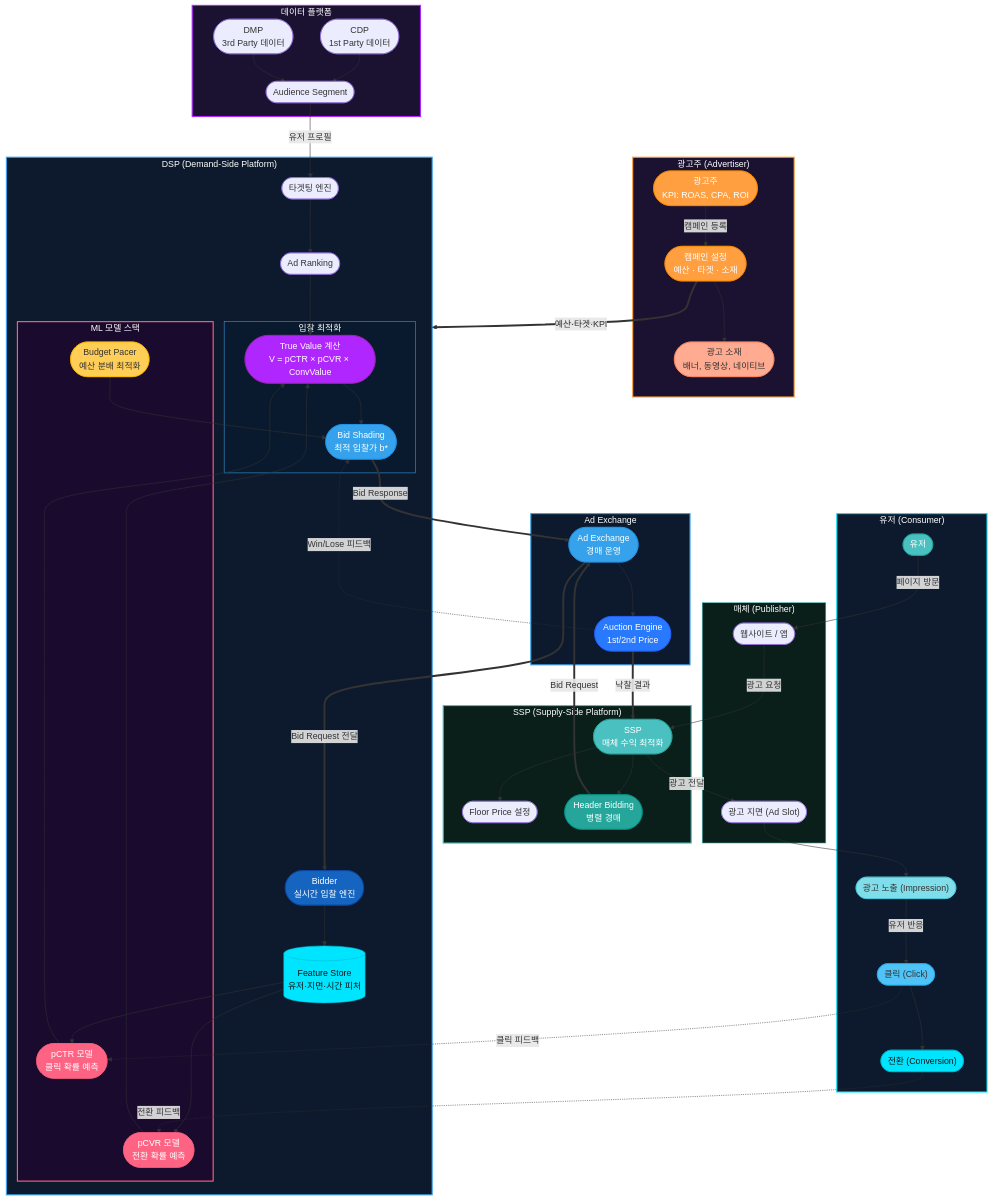
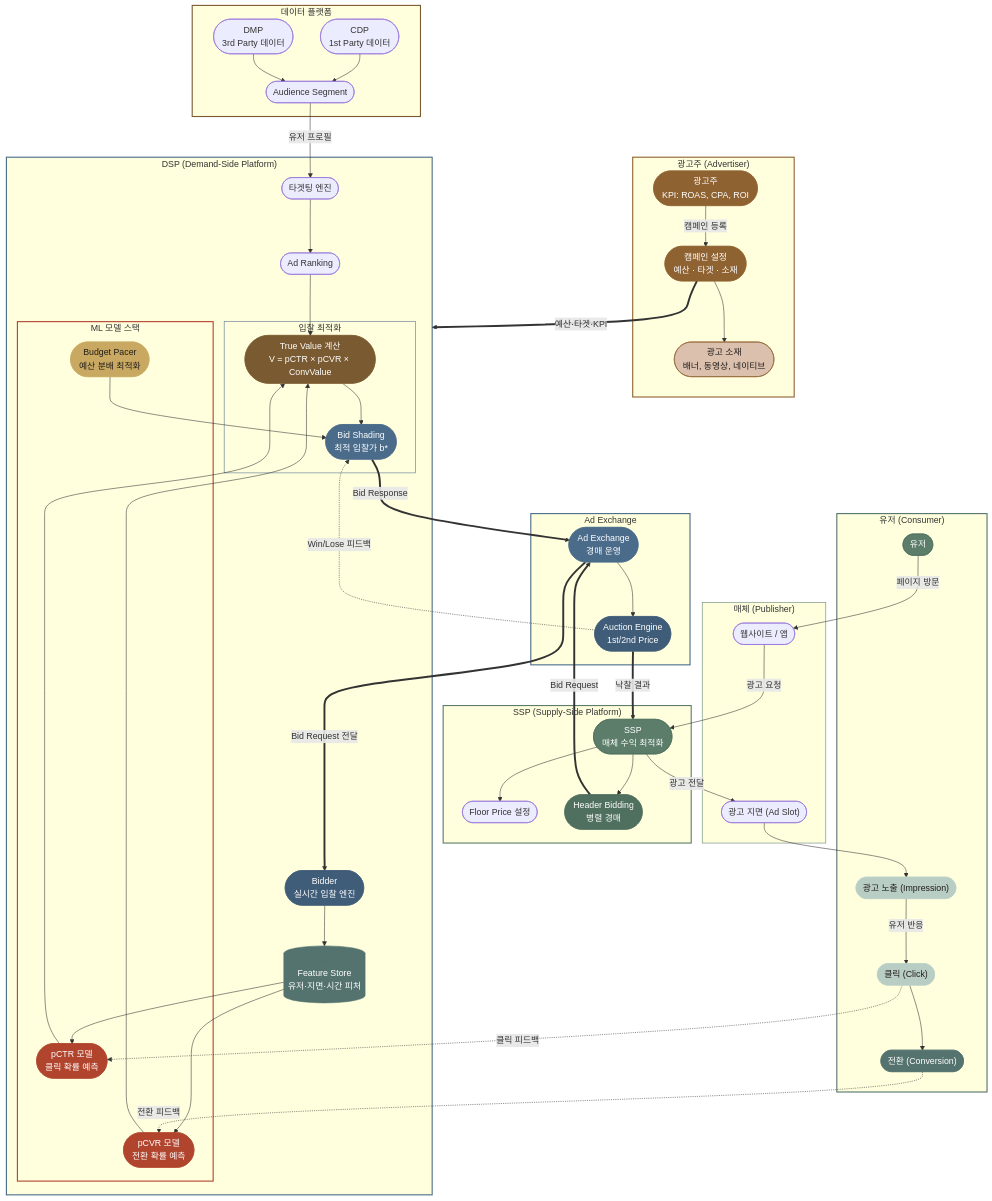
Before and after one commit to chkimsu/adtech-blog: the diagram in posts/adtech-ecosystem-map.md, drawn with Mermaid. The commit also changed other lines of this file and 40 other files, not shown here.

````diff
--- a/posts/adtech-ecosystem-map.md
+++ b/posts/adtech-ecosystem-map.md
@@ -102,33 +102,33 @@
   AUCTION -.->|Win/Lose 피드백| SHADE
 
   %% 서브그래프 배경색
-  style Advertiser fill:#1a1230,stroke:#ff9f40,stroke-width:2px,color:#fff
-  style DSP_System fill:#0d1a2d,stroke:#36a2eb,stroke-width:2px,color:#fff
-  style ML_Models fill:#1a0a2e,stroke:#ff6384,stroke-width:2px,color:#fff
-  style Bid_Optimization fill:#0a1a2e,stroke:#36a2eb,stroke-width:1px,color:#fff
-  style DMP_CDP fill:#1a1230,stroke:#b026ff,stroke-width:2px,color:#fff
-  style Exchange fill:#0d1a2d,stroke:#36a2eb,stroke-width:2px,color:#fff
-  style SSP_System fill:#0a1f1a,stroke:#4bc0c0,stroke-width:2px,color:#fff
-  style Publisher fill:#0a1f1a,stroke:#4bc0c0,stroke-width:1px,color:#fff
-  style User_Side fill:#0d1a2d,stroke:#00e5ff,stroke-width:2px,color:#fff
+  style Advertiser stroke:#8f6231,stroke-width:2px
+  style DSP_System stroke:#4a6b8a,stroke-width:2px
+  style ML_Models stroke:#b0442c,stroke-width:2px
+  style Bid_Optimization stroke:#4a6b8a,stroke-width:1px
+  style DMP_CDP stroke:#7a5a30,stroke-width:2px
+  style Exchange stroke:#4a6b8a,stroke-width:2px
+  style SSP_System stroke:#5b7d6a,stroke-width:2px
+  style Publisher stroke:#5b7d6a,stroke-width:1px
+  style User_Side stroke:#54736f,stroke-width:2px
 
   %% 노드 스타일
-  style PCTR fill:#ff6384,stroke:#ff6384,color:#fff
-  style PCVR fill:#ff6384,stroke:#ff6384,color:#fff
-  style SHADE fill:#36a2eb,stroke:#2196f3,color:#fff
-  style TV fill:#b026ff,stroke:#9c27b0,color:#fff
-  style ADEX fill:#36a2eb,stroke:#2196f3,color:#fff
-  style AUCTION fill:#2979ff,stroke:#2962ff,color:#fff
-  style USER fill:#4bc0c0,stroke:#26a69a,color:#fff
-  style ADV fill:#ff9f40,stroke:#ff8f00,color:#fff
-  style BUDGET fill:#ffce56,stroke:#ffc107,color:#333
-  style FEAT fill:#00e5ff,stroke:#00bcd4,color:#111
-  style BIDDER fill:#1565c0,stroke:#0d47a1,color:#fff
-  style CAMP fill:#ff9f40,stroke:#ff8f00,color:#fff
-  style CREATIVE fill:#ffab91,stroke:#ff8a65,color:#333
-  style SSP fill:#4bc0c0,stroke:#26a69a,color:#fff
-  style HB fill:#26a69a,stroke:#009688,color:#fff
-  style IMP fill:#80deea,stroke:#4dd0e1,color:#333
-  style CLICK fill:#4fc3f7,stroke:#29b6f6,color:#333
-  style CONV fill:#00e5ff,stroke:#00bcd4,color:#111
+  style PCTR fill:#b0442c,stroke:#b0442c,color:#fff
+  style PCVR fill:#b0442c,stroke:#b0442c,color:#fff
+  style SHADE fill:#4a6b8a,stroke:#4a6b8a,color:#fff
+  style TV fill:#7a5a30,stroke:#7a5a30,color:#fff
+  style ADEX fill:#4a6b8a,stroke:#4a6b8a,color:#fff
+  style AUCTION fill:#3f5c78,stroke:#3f5c78,color:#fff
+  style USER fill:#5b7d6a,stroke:#4f6f5f,color:#fff
+  style ADV fill:#8f6231,stroke:#8f6231,color:#fff
+  style BUDGET fill:#c9a961,stroke:#c9a961,color:#201d1a
+  style FEAT fill:#54736f,stroke:#54736f,color:#fff
+  style BIDDER fill:#3f5c78,stroke:#3f5c78,color:#fff
+  style CAMP fill:#8f6231,stroke:#8f6231,color:#fff
+  style CREATIVE fill:#dcc0ae,stroke:#8f6231,color:#201d1a
+  style SSP fill:#5b7d6a,stroke:#4f6f5f,color:#fff
+  style HB fill:#4f6f5f,stroke:#4f6f5f,color:#fff
+  style IMP fill:#b8cdc4,stroke:#b8cdc4,color:#201d1a
+  style CLICK fill:#b8cdc4,stroke:#b8cdc4,color:#201d1a
+  style CONV fill:#54736f,stroke:#54736f,color:#fff
 ```
````
